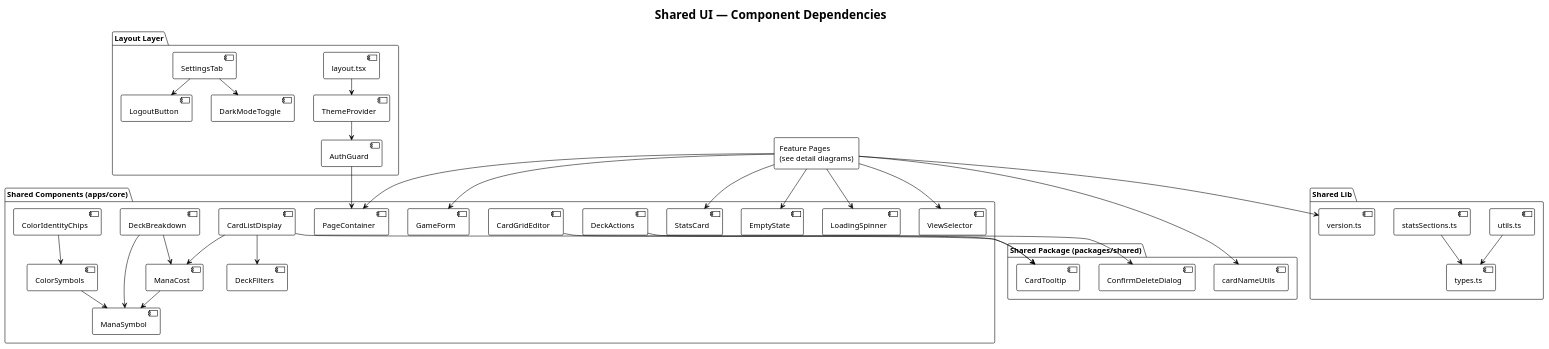
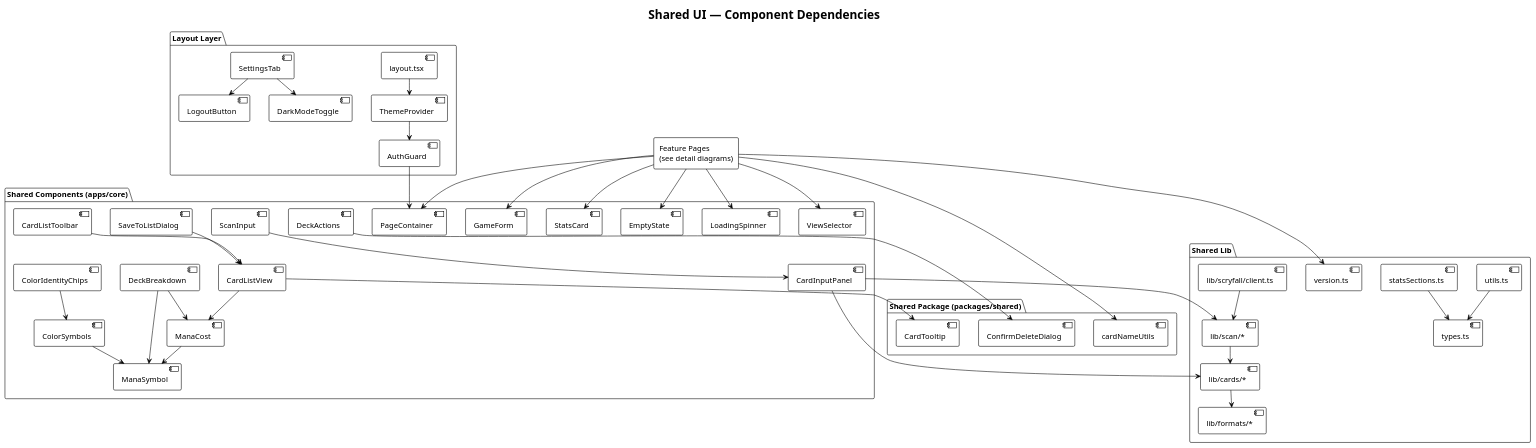
The second of 13 diagrams in docs/architecture-diagrams.puml (rickwphillips/commander-collector), drawn with PlantUML before and after one commit. The commit also changed other lines of this file and 140 other files, not shown here.

```diff
--- a/docs/architecture-diagrams.puml
+++ b/docs/architecture-diagrams.puml
@@ -95,87 +101,99 @@
 @startuml component-shared-ui
 !theme plain
 top to bottom direction
 skinparam ranksep 30
 
 title Shared UI — Component Dependencies
 
 package "Layout Layer" {
   [layout.tsx] as LYT
   [ThemeProvider] as TP
   [AuthGuard] as AG
   [SettingsTab] as ST
   [DarkModeToggle] as DMT
   [LogoutButton] as LB
 }
 
 package "Shared Components (apps/core)" {
   [PageContainer] as PC
   [LoadingSpinner] as LS
   [EmptyState] as ES
   [StatsCard] as SC
   [ManaSymbol] as MS
   [ColorSymbols] as CS
   [ColorIdentityChips] as CIC
   [ManaCost] as MC
   [DeckBreakdown] as DB
   [GameForm] as GF
   [ViewSelector] as VS
-  [CardListDisplay] as CLD
+  [CardListView] as CLV
+  [CardListToolbar] as CLT
+  [CardInputPanel] as CIP
+  [SaveToListDialog] as STL
+  [ScanInput] as SIN
   [DeckActions] as DA
-  [CardGridEditor] as CGE
-  [DeckFilters] as DF
 }
 
 package "Shared Package (packages/shared)" {
   [CardTooltip] as CTT
   [ConfirmDeleteDialog] as CDD
   [cardNameUtils] as CNU
 }
 
 package "Shared Lib" {
   [types.ts] as TYP
   [utils.ts] as UTL
   [statsSections.ts] as SSC
   [version.ts] as VER
+  [lib/scan/*] as LSCAN
+  [lib/cards/*] as LCARDS
+  [lib/formats/*] as LFMT
+  [lib/scryfall/client.ts] as LSCR
 }
 
 ' Represents feature pages that consume these shared components
 ' (detail wiring shown in per-system diagrams)
 rectangle "Feature Pages\n(see detail diagrams)" as FP
 
 ' Layout chain
 LYT -down-> TP
 TP -down-> AG
 AG -down-> PC
 ST --> DMT
 ST --> LB
 
 ' Color component chain
 CIC --> CS
 CS --> MS
 MC --> MS
 DB --> MC
 DB --> MS
 
 ' Card display components
-CLD --> MC
-CLD --> CTT
-CLD --> DF
-CGE --> CTT
+CLV --> MC
+CLV --> CTT
+CLT --> CLV
+CIP --> LSCAN
+CIP --> LCARDS
+STL --> CLV
+SIN --> CIP
 DA --> CDD
 
 ' Leaf components (consumed by feature pages)
 FP --> PC
 FP --> LS
 FP --> ES
 FP --> SC
 FP --> GF
 FP --> VS
 FP --> VER
 FP --> CNU
 
 ' Shared lib
 UTL --> TYP
 SSC --> TYP
+LSCR --> LSCAN
+LSCAN --> LCARDS
+LCARDS --> LFMT
 
 @enduml
```
